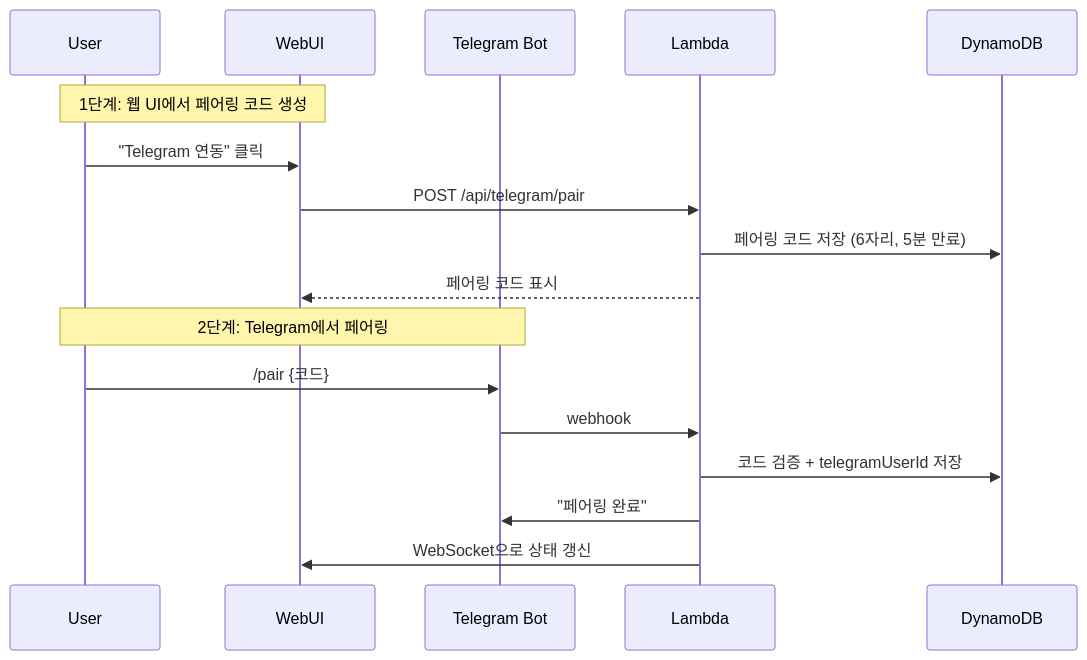
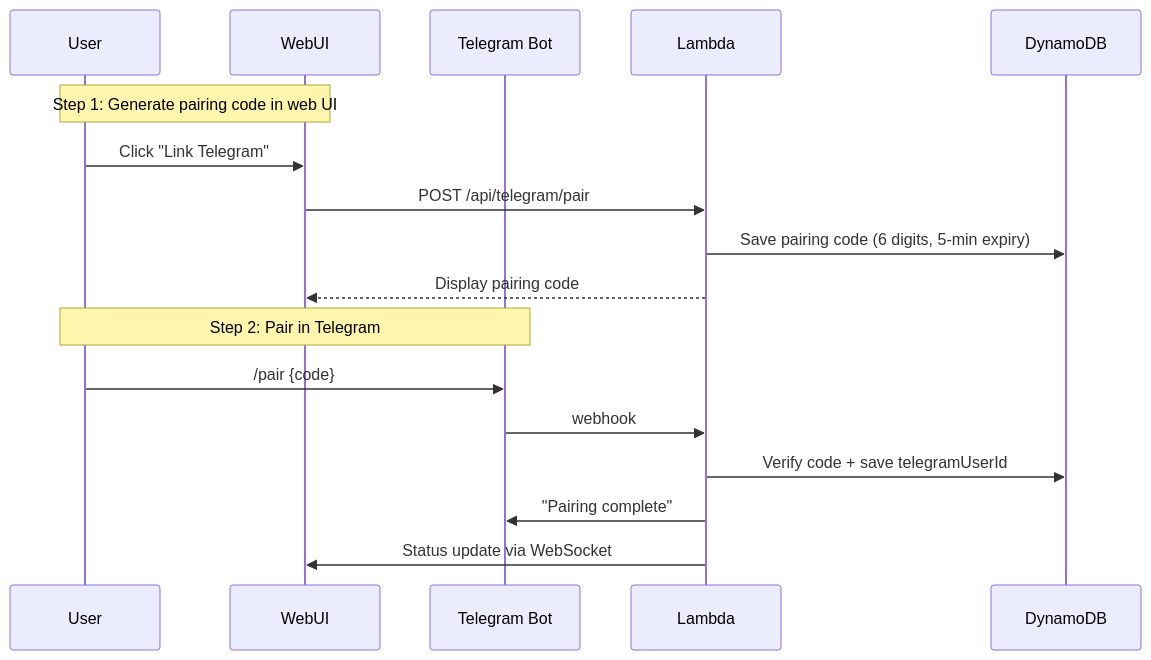
Before and after one commit to geoseong/serverless-openclaw: the ninth of 12 diagrams in docs/architecture.md, drawn with Mermaid. The commit also changed other lines of this file and 8 other files, not shown here.

````diff
--- a/docs/architecture.md
+++ b/docs/architecture.md
@@ -572,21 +572,21 @@
 ```mermaid
 sequenceDiagram
     participant User
     participant WebUI
     participant TGBot as Telegram Bot
     participant Lambda
     participant DDB as DynamoDB
 
-    Note over User,WebUI: 1단계: 웹 UI에서 페어링 코드 생성
-    User->>WebUI: "Telegram 연동" 클릭
+    Note over User,WebUI: Step 1: Generate pairing code in web UI
+    User->>WebUI: Click "Link Telegram"
     WebUI->>Lambda: POST /api/telegram/pair
-    Lambda->>DDB: 페어링 코드 저장 (6자리, 5분 만료)
-    Lambda-->>WebUI: 페어링 코드 표시
+    Lambda->>DDB: Save pairing code (6 digits, 5-min expiry)
+    Lambda-->>WebUI: Display pairing code
 
-    Note over User,TGBot: 2단계: Telegram에서 페어링
-    User->>TGBot: /pair {코드}
+    Note over User,TGBot: Step 2: Pair in Telegram
+    User->>TGBot: /pair {code}
     TGBot->>Lambda: webhook
-    Lambda->>DDB: 코드 검증 + telegramUserId 저장
-    Lambda->>TGBot: "페어링 완료"
-    Lambda->>WebUI: WebSocket으로 상태 갱신
+    Lambda->>DDB: Verify code + save telegramUserId
+    Lambda->>TGBot: "Pairing complete"
+    Lambda->>WebUI: Status update via WebSocket
 ```
````
